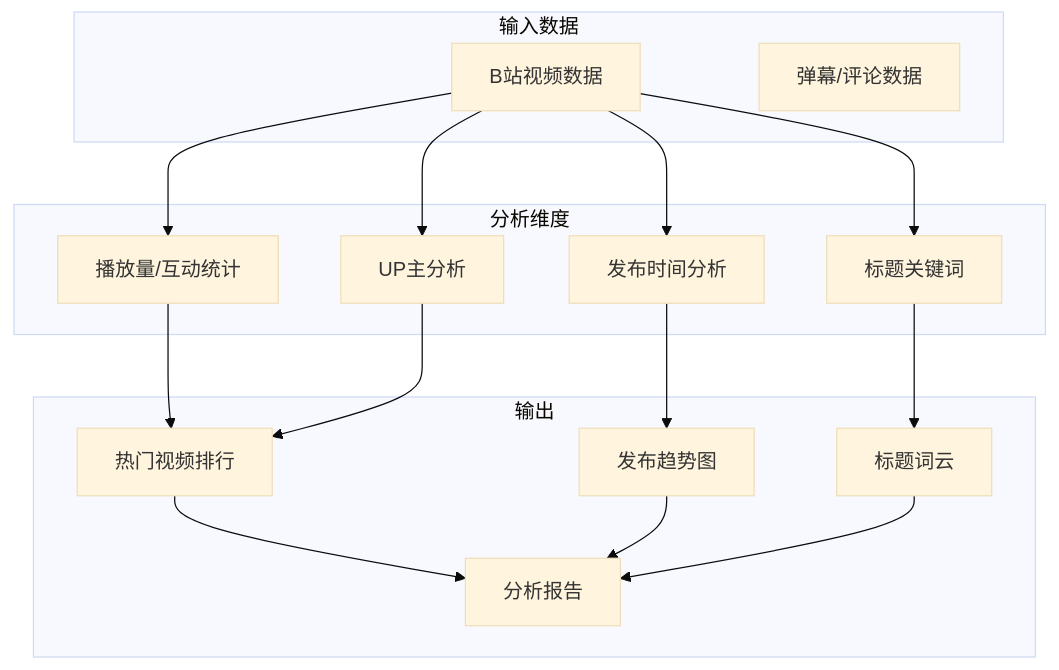
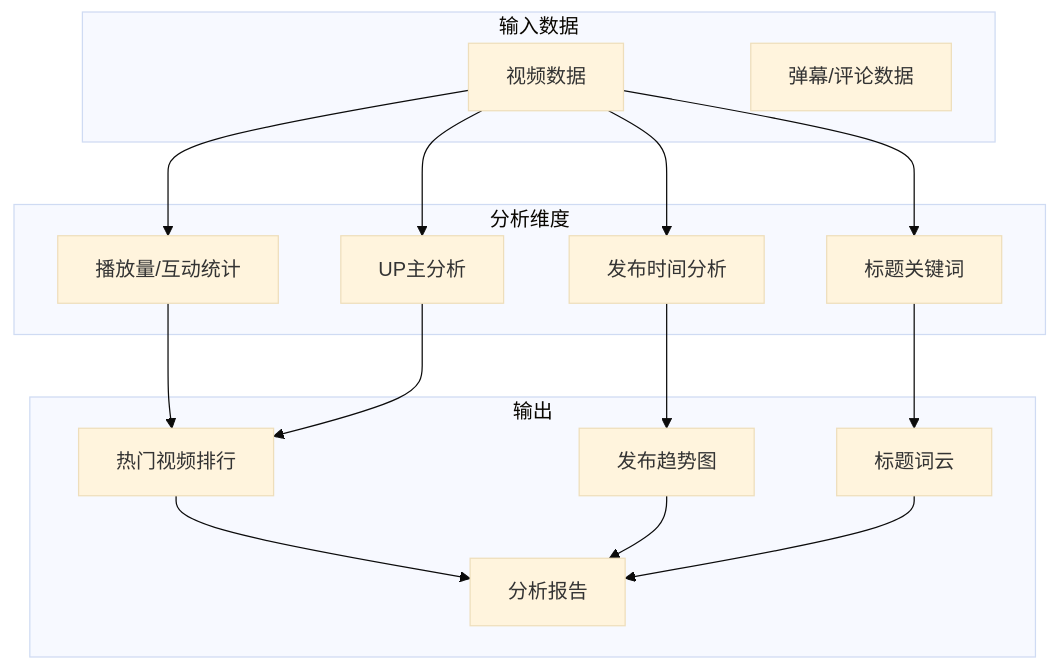
One commit to NanmiCoder/CrawlerTutorial changed the second of 2 diagrams in docs/爬虫进价/10_数据分析与可视化.md. Above: the diagram before and after it, drawn with Mermaid (base theme). The commit also changed other lines of this file and 15 other files, not shown here.

````diff
--- a/docs/爬虫进价/10_数据分析与可视化.md
+++ b/docs/爬虫进价/10_数据分析与可视化.md
@@ -1073,29 +1073,29 @@
 ```mermaid
 flowchart TD
     subgraph 输入数据
-        videos[B站视频数据]
+        videos[视频数据]
         comments[弹幕/评论数据]
     end
 
     subgraph 分析维度
         stat[播放量/互动统计]
         up[UP主分析]
         time[发布时间分析]
         keyword[标题关键词]
     end
 
     subgraph 输出
         rank[热门视频排行]
         trend[发布趋势图]
         cloud[标题词云]
         report[分析报告]
     end
 
     videos --> stat --> rank
     videos --> up --> rank
     videos --> time --> trend
     videos --> keyword --> cloud
     rank --> report
     trend --> report
     cloud --> report
 ```
````
